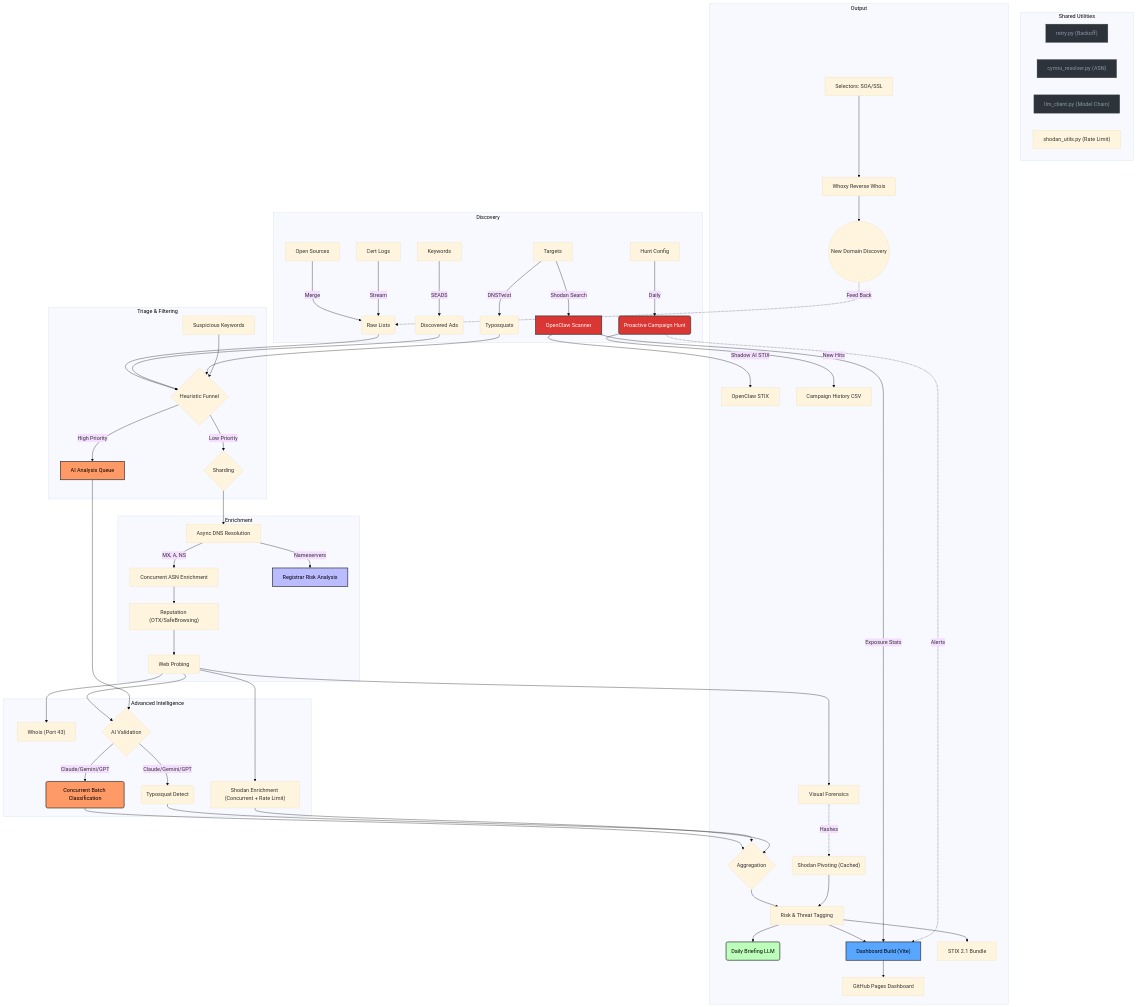
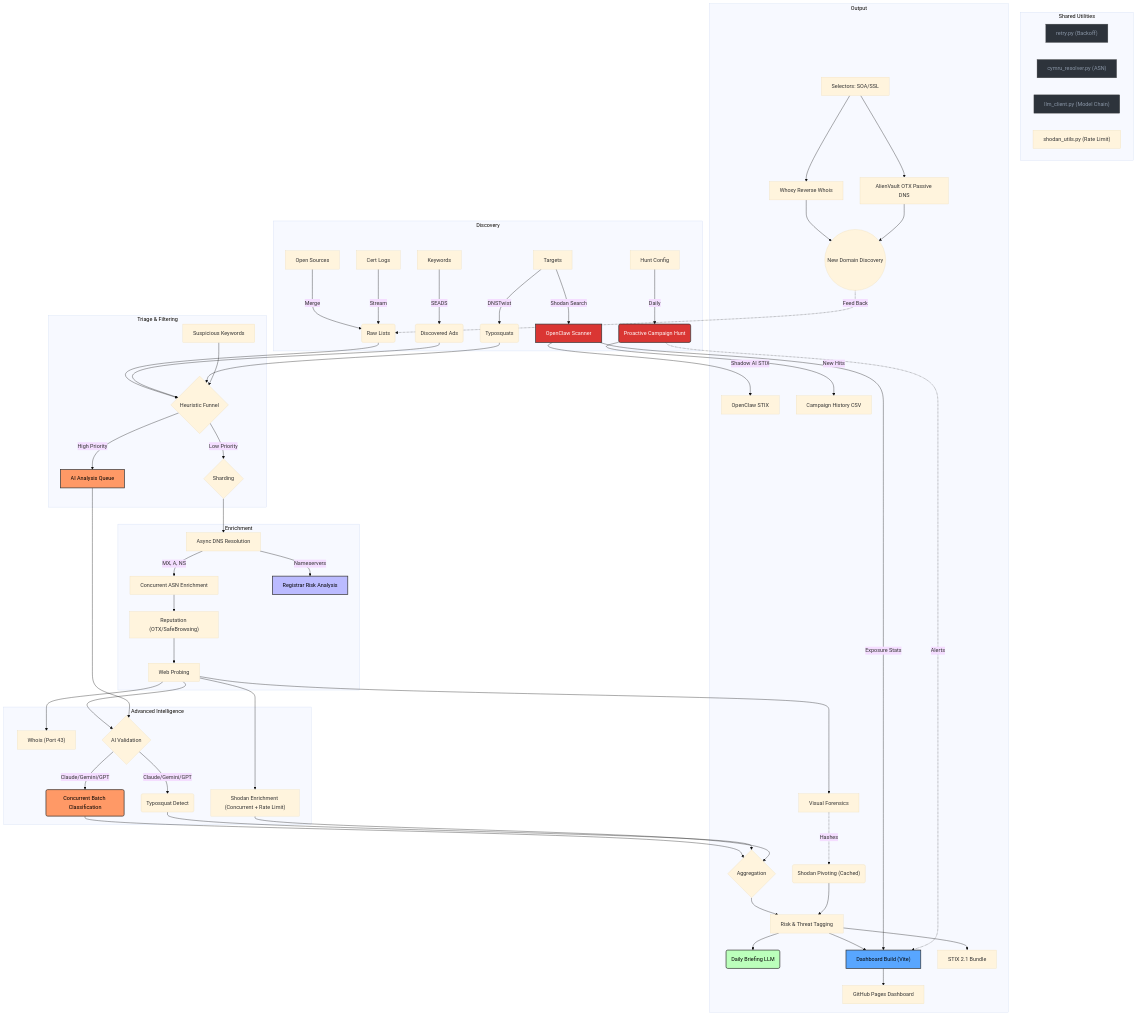
The diagram in README.md (elchacal801/domain_intel), drawn with Mermaid (base theme) before and after one commit. The commit also changed 4 other files, not shown here.

Commit message:
Add DEA investigation analysis and automated OTX pivot script

````diff
--- a/README.md
+++ b/README.md
@@ -176,74 +176,75 @@
 ```mermaid
 graph TD
     subgraph Discovery
         A[Keywords] -->|SEADS| B(Discovered Ads)
         C[Targets] -->|DNSTwist| D(Typosquats)
         C -->|Shodan Search| OC[OpenClaw Scanner]
         E[Open Sources] -->|Merge| F(Raw Lists)
         Z[Cert Logs] -->|Stream| F
         HUNT_CFG[Hunt Config] -->|Daily| HUNT(Proactive Campaign Hunt)
     end
 
     subgraph "Triage & Filtering"
         F & B & D --> T{Heuristic Funnel}
         K2[Suspicious Keywords] --> T
         T -->|Low Priority| G{Sharding}
         T -->|High Priority| AI[AI Analysis Queue]
     end
 
     subgraph Enrichment
         G --> H[Async DNS Resolution]
         H -->|MX, A, NS| I[Concurrent ASN Enrichment]
         H -->|Nameservers| J[Registrar Risk Analysis]
         I --> K["Reputation (OTX/SafeBrowsing)"]
         K --> L[Web Probing]
     end
 
     subgraph "Advanced Intelligence"
         L --> S["Shodan Enrichment (Concurrent + Rate Limit)"]
         L --> W["Whois (Port 43)"]
         L --> AI_CHECK{AI Validation}
         AI --> AI_CHECK
         AI_CHECK -->|Claude/Gemini/GPT| CLASS(Concurrent Batch Classification)
         AI_CHECK -->|Claude/Gemini/GPT| TYPO(Typosquat Detect)
     end
 
     subgraph "Shared Utilities"
         RETRY["retry.py (Backoff)"]
         CYMRU["cymru_resolver.py (ASN)"]
         LLM["llm_client.py (Model Chain)"]
         BUDGET["shodan_utils.py (Rate Limit)"]
     end
 
     subgraph Output
         CLASS & TYPO & S --> M{Aggregation}
         L --> N[Visual Forensics]
         N -.->|Hashes| SP("Shodan Pivoting (Cached)")
         M & SP --> O[Risk & Threat Tagging]
         O --> P(Daily Briefing LLM)
         O --> DASH_BUILD["Dashboard Build (Vite)"]
         O --> R[STIX 2.1 Bundle]
         
         OC -->|Shadow AI STIX| OC_STIX[OpenClaw STIX]
         OC -->|Exposure Stats| DASH_BUILD
         HUNT -->|New Hits| HUNT_LOG[Campaign History CSV]
         HUNT -.->|Alerts| DASH_BUILD
 
         WM[Selectors: SOA/SSL] --> PIVOT[Whoxy Reverse Whois]
-        PIVOT --> DISCOVERY((New Domain Discovery))
+        WM --> PIVOT_OTX[AlienVault OTX Passive DNS]
+        PIVOT & PIVOT_OTX --> DISCOVERY((New Domain Discovery))
         DISCOVERY -.->|Feed Back| F
 
         DASH_BUILD --> Q[GitHub Pages Dashboard]
     end
 
     style J fill:#bbf,stroke:#333,stroke-width:2px,color:black
     style AI fill:#f96,stroke:#333,stroke-width:2px,color:black
     style CLASS fill:#f96,stroke:#333,stroke-width:2px,color:black
     style P fill:#bfb,stroke:#333,stroke-width:2px,color:black
     style OC fill:#da3633,stroke:#333,stroke-width:2px,color:white
     style HUNT fill:#da3633,stroke:#333,stroke-width:2px,color:white
     style DASH_BUILD fill:#58a6ff,stroke:#333,stroke-width:2px,color:black
     style RETRY fill:#2d333b,stroke:#555,stroke-width:1px,color:#8b97a8
     style CYMRU fill:#2d333b,stroke:#555,stroke-width:1px,color:#8b97a8
     style LLM fill:#2d333b,stroke:#555,stroke-width:1px,color:#8b97a8
 ```
````
